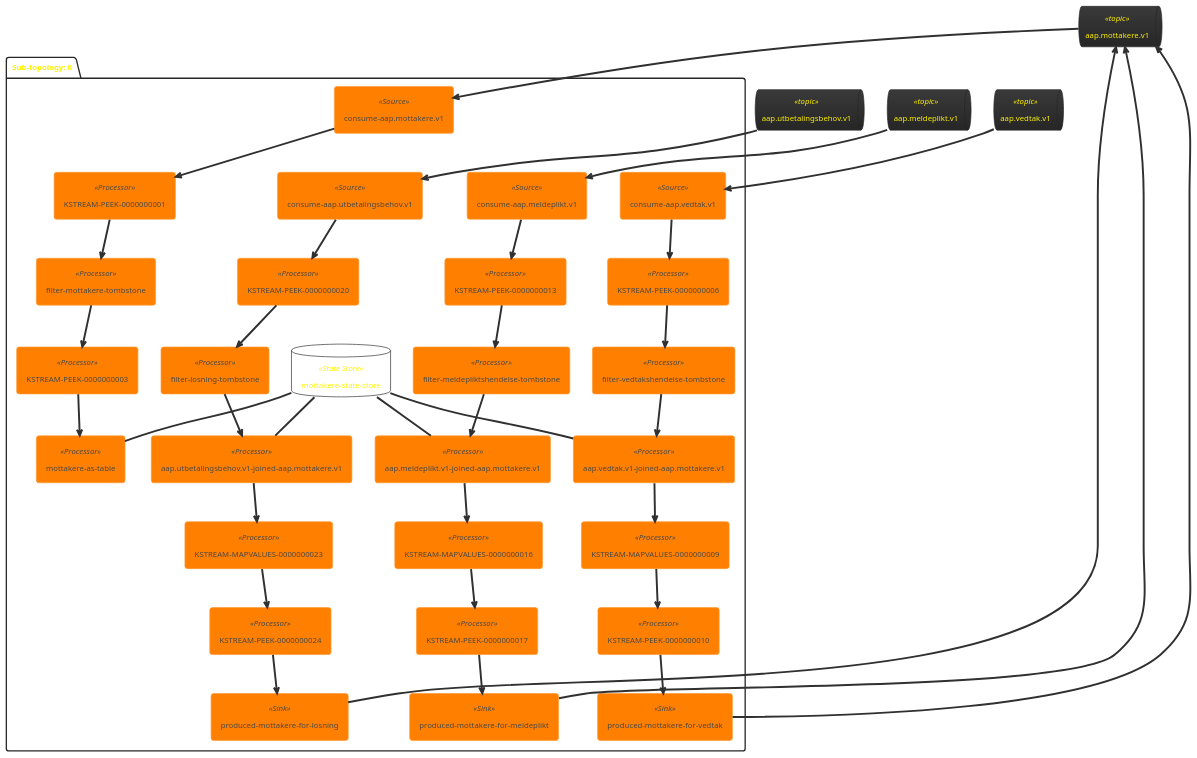
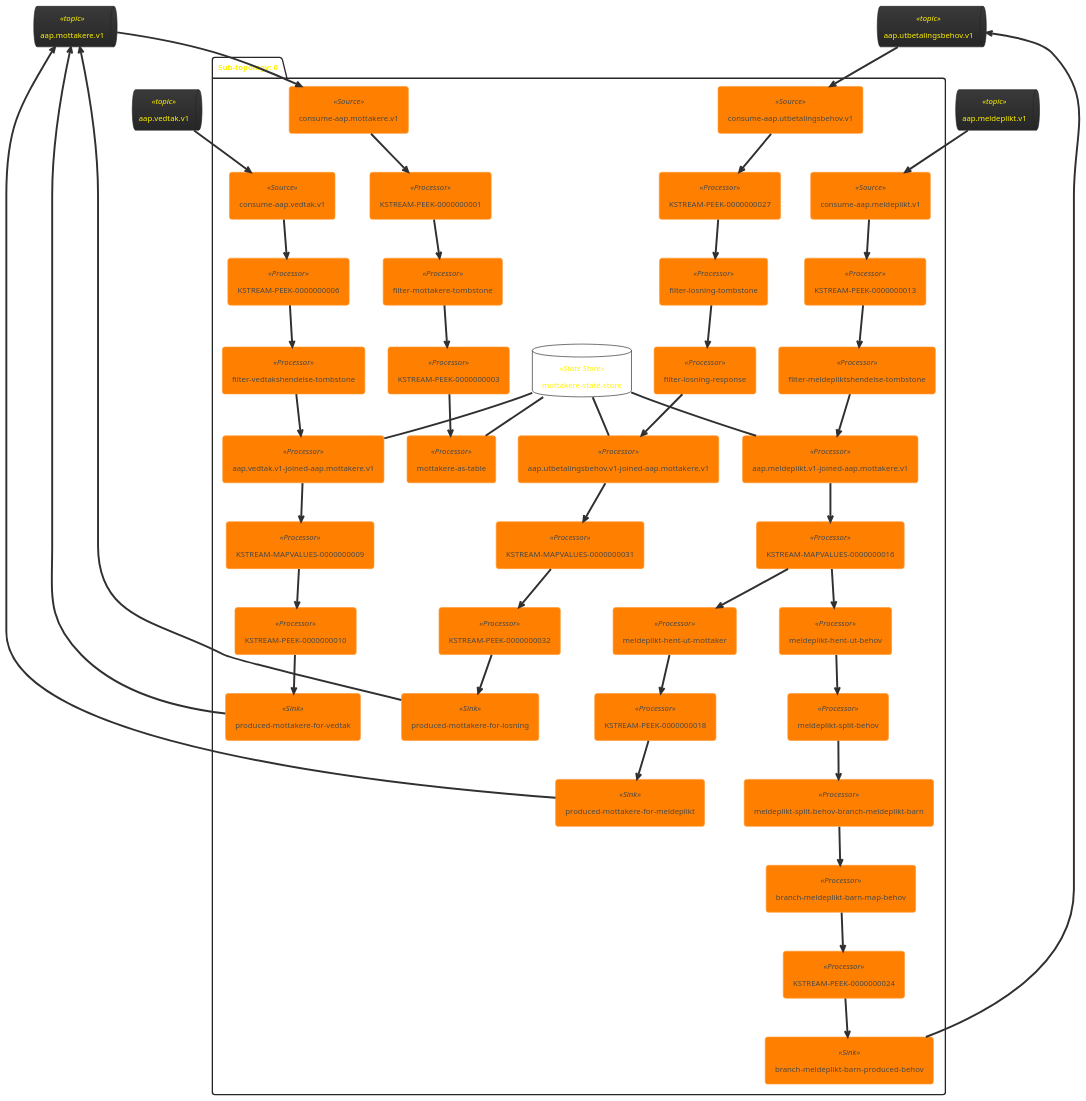
Before and after one commit to navikt/aap-utbetaling: the diagram in doc/topology.puml, drawn with PlantUML. The commit also changed 10 other files, not shown here.

```diff
--- a/doc/topology.puml
+++ b/doc/topology.puml
@@ -1,69 +1,86 @@
 @startuml
 !theme black-knight
+queue "aap.utbetalingsbehov.v1" <<topic>> as aap_utbetalingsbehov_v1
 queue "aap.mottakere.v1" <<topic>> as aap_mottakere_v1
 queue "aap.meldeplikt.v1" <<topic>> as aap_meldeplikt_v1
-queue "aap.utbetalingsbehov.v1" <<topic>> as aap_utbetalingsbehov_v1
 queue "aap.vedtak.v1" <<topic>> as aap_vedtak_v1
 package "Sub-topology: 0" {
 	database "mottakere-state-store" <<State Store>> as mottakere_state_store
 	agent "consume-aap.meldeplikt.v1" <<Source>> as consume_aap_meldeplikt_v1
+	agent "KSTREAM-PEEK-0000000013" <<Processor>> as KSTREAM_PEEK_0000000013
+	agent "filter-meldepliktshendelse-tombstone" <<Processor>> as filter_meldepliktshendelse_tombstone
+	agent "aap.meldeplikt.v1-joined-aap.mottakere.v1" <<Processor>> as aap_meldeplikt_v1_joined_aap_mottakere_v1
+	agent "KSTREAM-MAPVALUES-0000000016" <<Processor>> as KSTREAM_MAPVALUES_0000000016
 	agent "consume-aap.utbetalingsbehov.v1" <<Source>> as consume_aap_utbetalingsbehov_v1
+	agent "KSTREAM-PEEK-0000000027" <<Processor>> as KSTREAM_PEEK_0000000027
 	agent "consume-aap.vedtak.v1" <<Source>> as consume_aap_vedtak_v1
 	agent "KSTREAM-PEEK-0000000006" <<Processor>> as KSTREAM_PEEK_0000000006
-	agent "KSTREAM-PEEK-0000000013" <<Processor>> as KSTREAM_PEEK_0000000013
-	agent "KSTREAM-PEEK-0000000020" <<Processor>> as KSTREAM_PEEK_0000000020
+	agent "filter-losning-tombstone" <<Processor>> as filter_losning_tombstone
+	agent "meldeplikt-hent-ut-behov" <<Processor>> as meldeplikt_hent_ut_behov
 	agent "consume-aap.mottakere.v1" <<Source>> as consume_aap_mottakere_v1
-	agent "filter-losning-tombstone" <<Processor>> as filter_losning_tombstone
-	agent "filter-meldepliktshendelse-tombstone" <<Processor>> as filter_meldepliktshendelse_tombstone
+	agent "filter-losning-response" <<Processor>> as filter_losning_response
 	agent "filter-vedtakshendelse-tombstone" <<Processor>> as filter_vedtakshendelse_tombstone
+	agent "meldeplikt-split-behov" <<Processor>> as meldeplikt_split_behov
 	agent "KSTREAM-PEEK-0000000001" <<Processor>> as KSTREAM_PEEK_0000000001
-	agent "aap.meldeplikt.v1-joined-aap.mottakere.v1" <<Processor>> as aap_meldeplikt_v1_joined_aap_mottakere_v1
 	agent "aap.utbetalingsbehov.v1-joined-aap.mottakere.v1" <<Processor>> as aap_utbetalingsbehov_v1_joined_aap_mottakere_v1
 	agent "aap.vedtak.v1-joined-aap.mottakere.v1" <<Processor>> as aap_vedtak_v1_joined_aap_mottakere_v1
+	agent "meldeplikt-split-behov-branch-meldeplikt-barn" <<Processor>> as meldeplikt_split_behov_branch_meldeplikt_barn
 	agent "KSTREAM-MAPVALUES-0000000009" <<Processor>> as KSTREAM_MAPVALUES_0000000009
-	agent "KSTREAM-MAPVALUES-0000000016" <<Processor>> as KSTREAM_MAPVALUES_0000000016
-	agent "KSTREAM-MAPVALUES-0000000023" <<Processor>> as KSTREAM_MAPVALUES_0000000023
+	agent "KSTREAM-MAPVALUES-0000000031" <<Processor>> as KSTREAM_MAPVALUES_0000000031
+	agent "branch-meldeplikt-barn-map-behov" <<Processor>> as branch_meldeplikt_barn_map_behov
 	agent "filter-mottakere-tombstone" <<Processor>> as filter_mottakere_tombstone
+	agent "meldeplikt-hent-ut-mottaker" <<Processor>> as meldeplikt_hent_ut_mottaker
 	agent "KSTREAM-PEEK-0000000003" <<Processor>> as KSTREAM_PEEK_0000000003
 	agent "KSTREAM-PEEK-0000000010" <<Processor>> as KSTREAM_PEEK_0000000010
-	agent "KSTREAM-PEEK-0000000017" <<Processor>> as KSTREAM_PEEK_0000000017
+	agent "KSTREAM-PEEK-0000000018" <<Processor>> as KSTREAM_PEEK_0000000018
 	agent "KSTREAM-PEEK-0000000024" <<Processor>> as KSTREAM_PEEK_0000000024
+	agent "KSTREAM-PEEK-0000000032" <<Processor>> as KSTREAM_PEEK_0000000032
+	agent "branch-meldeplikt-barn-produced-behov" <<Sink>> as branch_meldeplikt_barn_produced_behov
 	agent "mottakere-as-table" <<Processor>> as mottakere_as_table
 	agent "produced-mottakere-for-losning" <<Sink>> as produced_mottakere_for_losning
 	agent "produced-mottakere-for-meldeplikt" <<Sink>> as produced_mottakere_for_meldeplikt
 	agent "produced-mottakere-for-vedtak" <<Sink>> as produced_mottakere_for_vedtak
 	aap_meldeplikt_v1 --> consume_aap_meldeplikt_v1
+	mottakere_state_store -- aap_meldeplikt_v1_joined_aap_mottakere_v1
 	aap_utbetalingsbehov_v1 --> consume_aap_utbetalingsbehov_v1
 	aap_vedtak_v1 --> consume_aap_vedtak_v1
 	aap_mottakere_v1 --> consume_aap_mottakere_v1
-	mottakere_state_store -- aap_meldeplikt_v1_joined_aap_mottakere_v1
 	mottakere_state_store -- aap_utbetalingsbehov_v1_joined_aap_mottakere_v1
 	mottakere_state_store -- aap_vedtak_v1_joined_aap_mottakere_v1
+	aap_utbetalingsbehov_v1 <-- branch_meldeplikt_barn_produced_behov
 	mottakere_state_store -- mottakere_as_table
 	aap_mottakere_v1 <-- produced_mottakere_for_losning
 	aap_mottakere_v1 <-- produced_mottakere_for_meldeplikt
 	aap_mottakere_v1 <-- produced_mottakere_for_vedtak
 	consume_aap_meldeplikt_v1 --> KSTREAM_PEEK_0000000013
-	consume_aap_utbetalingsbehov_v1 --> KSTREAM_PEEK_0000000020
+	KSTREAM_PEEK_0000000013 --> filter_meldepliktshendelse_tombstone
+	filter_meldepliktshendelse_tombstone --> aap_meldeplikt_v1_joined_aap_mottakere_v1
+	aap_meldeplikt_v1_joined_aap_mottakere_v1 --> KSTREAM_MAPVALUES_0000000016
+	KSTREAM_MAPVALUES_0000000016 --> meldeplikt_hent_ut_behov
+	KSTREAM_MAPVALUES_0000000016 --> meldeplikt_hent_ut_mottaker
+	consume_aap_utbetalingsbehov_v1 --> KSTREAM_PEEK_0000000027
+	KSTREAM_PEEK_0000000027 --> filter_losning_tombstone
 	consume_aap_vedtak_v1 --> KSTREAM_PEEK_0000000006
 	KSTREAM_PEEK_0000000006 --> filter_vedtakshendelse_tombstone
-	KSTREAM_PEEK_0000000013 --> filter_meldepliktshendelse_tombstone
-	KSTREAM_PEEK_0000000020 --> filter_losning_tombstone
+	filter_losning_tombstone --> filter_losning_response
+	meldeplikt_hent_ut_behov --> meldeplikt_split_behov
 	consume_aap_mottakere_v1 --> KSTREAM_PEEK_0000000001
-	filter_losning_tombstone --> aap_utbetalingsbehov_v1_joined_aap_mottakere_v1
-	filter_meldepliktshendelse_tombstone --> aap_meldeplikt_v1_joined_aap_mottakere_v1
+	filter_losning_response --> aap_utbetalingsbehov_v1_joined_aap_mottakere_v1
 	filter_vedtakshendelse_tombstone --> aap_vedtak_v1_joined_aap_mottakere_v1
+	meldeplikt_split_behov --> meldeplikt_split_behov_branch_meldeplikt_barn
 	KSTREAM_PEEK_0000000001 --> filter_mottakere_tombstone
-	aap_meldeplikt_v1_joined_aap_mottakere_v1 --> KSTREAM_MAPVALUES_0000000016
-	aap_utbetalingsbehov_v1_joined_aap_mottakere_v1 --> KSTREAM_MAPVALUES_0000000023
+	aap_utbetalingsbehov_v1_joined_aap_mottakere_v1 --> KSTREAM_MAPVALUES_0000000031
 	aap_vedtak_v1_joined_aap_mottakere_v1 --> KSTREAM_MAPVALUES_0000000009
+	meldeplikt_split_behov_branch_meldeplikt_barn --> branch_meldeplikt_barn_map_behov
 	KSTREAM_MAPVALUES_0000000009 --> KSTREAM_PEEK_0000000010
-	KSTREAM_MAPVALUES_0000000016 --> KSTREAM_PEEK_0000000017
-	KSTREAM_MAPVALUES_0000000023 --> KSTREAM_PEEK_0000000024
+	KSTREAM_MAPVALUES_0000000031 --> KSTREAM_PEEK_0000000032
+	branch_meldeplikt_barn_map_behov --> KSTREAM_PEEK_0000000024
 	filter_mottakere_tombstone --> KSTREAM_PEEK_0000000003
+	meldeplikt_hent_ut_mottaker --> KSTREAM_PEEK_0000000018
 	KSTREAM_PEEK_0000000003 --> mottakere_as_table
 	KSTREAM_PEEK_0000000010 --> produced_mottakere_for_vedtak
-	KSTREAM_PEEK_0000000017 --> produced_mottakere_for_meldeplikt
-	KSTREAM_PEEK_0000000024 --> produced_mottakere_for_losning
+	KSTREAM_PEEK_0000000018 --> produced_mottakere_for_meldeplikt
+	KSTREAM_PEEK_0000000024 --> branch_meldeplikt_barn_produced_behov
+	KSTREAM_PEEK_0000000032 --> produced_mottakere_for_losning
 }
 @enduml
```
